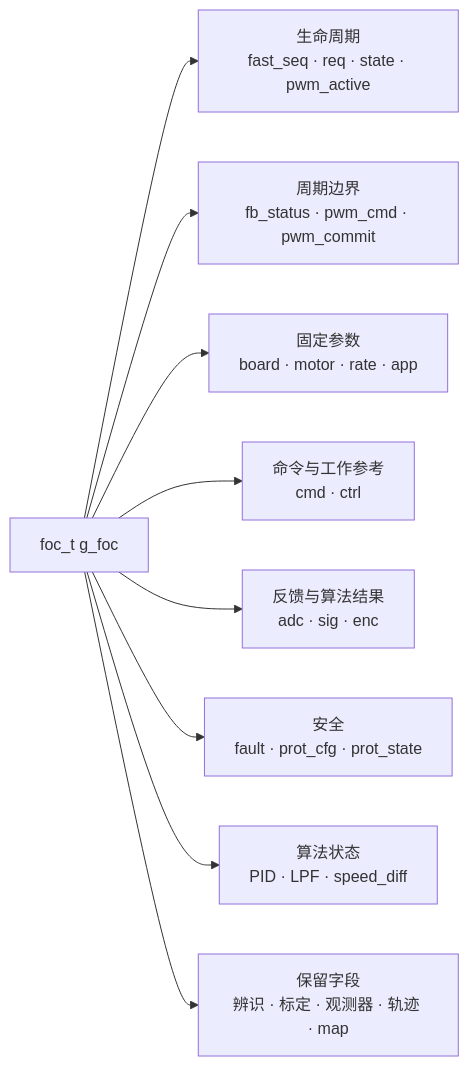
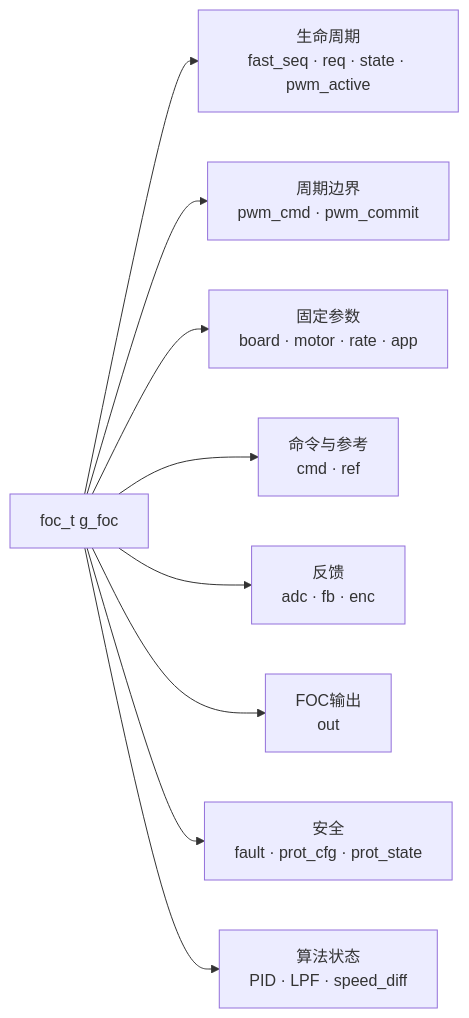
One commit to HHHyuan111/AxDr_L changed the fourth of 8 diagrams in 文档/架构重构/08_完整代码框架状态机与算法详解.md. Above: the diagram before and after it, drawn with Mermaid. The commit also changed other lines of this file and 35 other files, not shown here.

````diff
--- a/文档/架构重构/08_完整代码框架状态机与算法详解.md
+++ b/文档/架构重构/08_完整代码框架状态机与算法详解.md
@@ -307,11 +307,11 @@
 ```mermaid
 flowchart LR
     PM[foc_t g_foc] --> LIFE[生命周期<br/>fast_seq · req · state · pwm_active]
-    PM --> IO[周期边界<br/>fb_status · pwm_cmd · pwm_commit]
+    PM --> IO[周期边界<br/>pwm_cmd · pwm_commit]
     PM --> CFG[固定参数<br/>board · motor · rate · app]
-    PM --> CMD[命令与工作参考<br/>cmd · ctrl]
-    PM --> FBK[反馈与算法结果<br/>adc · sig · enc]
+    PM --> CMD[命令与参考<br/>cmd · ref]
+    PM --> FBK[反馈<br/>adc · fb · enc]
+    PM --> OUT[FOC输出<br/>out]
     PM --> SAFE[安全<br/>fault · prot_cfg · prot_state]
     PM --> ALG[算法状态<br/>PID · LPF · speed_diff]
-    PM --> LEGACY[保留字段<br/>辨识 · 标定 · 观测器 · 轨迹 · map]
 ```
````
